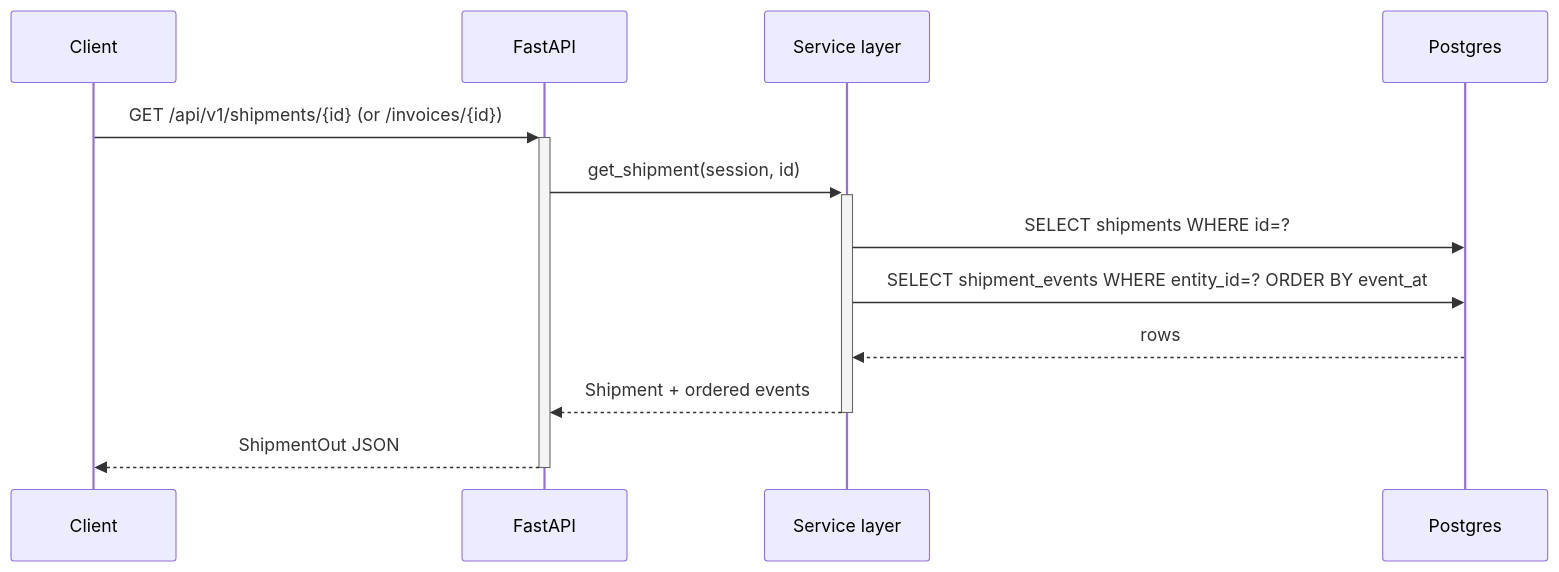
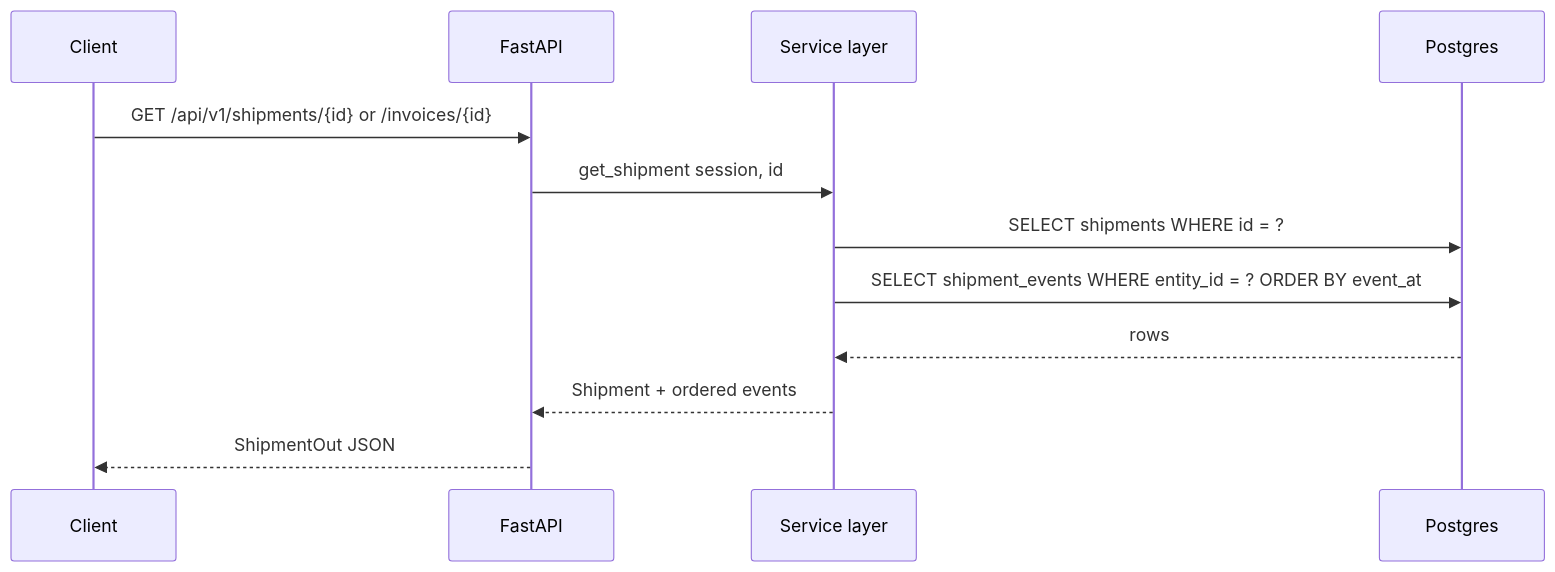
The fifth of 6 diagrams in README.md (0xvasanth/glacis), drawn with Mermaid before and after one commit. The commit also changed other lines of this file, not shown here.

Commit message:
fix(readme): remove mermaid activation markers and special chars that broke github render

````diff
--- a/README.md
+++ b/README.md
@@ -195,15 +192,15 @@
 ```mermaid
 sequenceDiagram
     participant C as Client
     participant API as FastAPI
     participant SVC as Service layer
     participant DB as Postgres
 
-    C->>+API: GET /api/v1/shipments/{id}  (or /invoices/{id})
-    API->>+SVC: get_shipment(session, id)
-    SVC->>DB: SELECT shipments WHERE id=?
-    SVC->>DB: SELECT shipment_events WHERE entity_id=? ORDER BY event_at
+    C->>API: GET /api/v1/shipments/{id} or /invoices/{id}
+    API->>SVC: get_shipment session, id
+    SVC->>DB: SELECT shipments WHERE id = ?
+    SVC->>DB: SELECT shipment_events WHERE entity_id = ? ORDER BY event_at
     DB-->>SVC: rows
-    SVC-->>-API: Shipment + ordered events
-    API-->>-C: ShipmentOut JSON
+    SVC-->>API: Shipment + ordered events
+    API-->>C: ShipmentOut JSON
 ```
````
